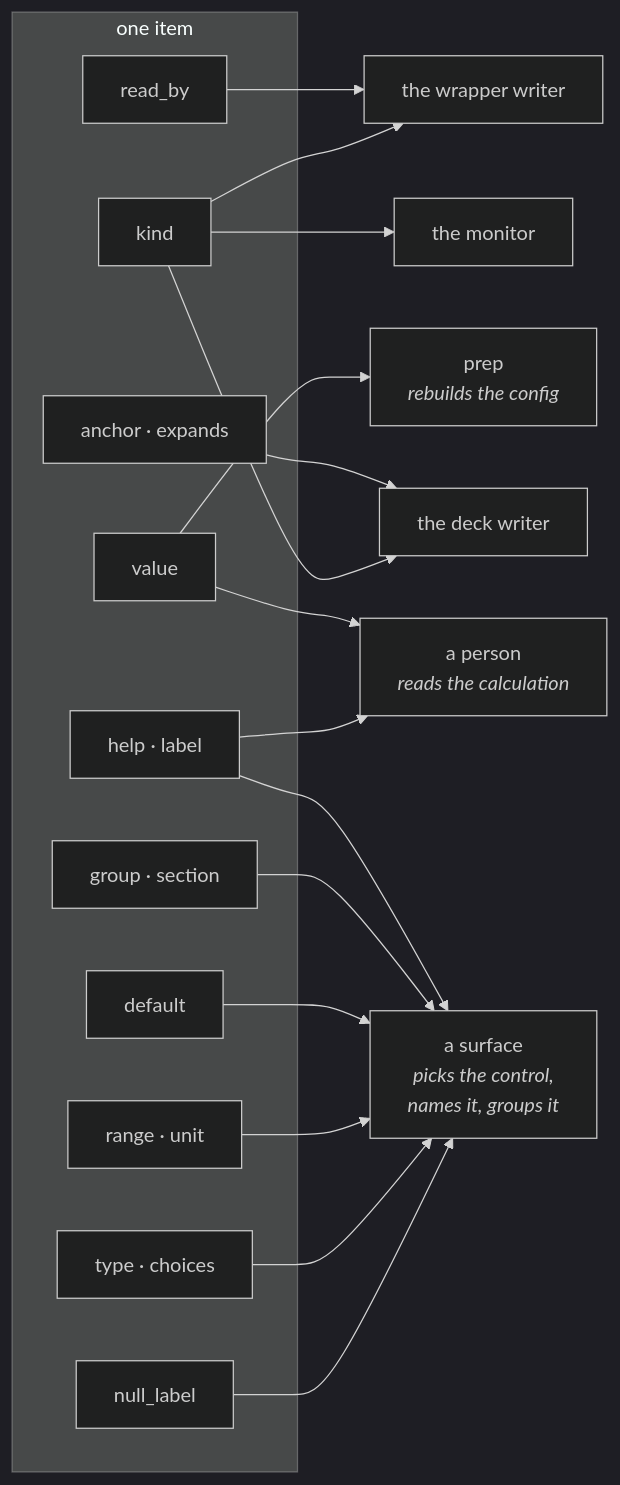
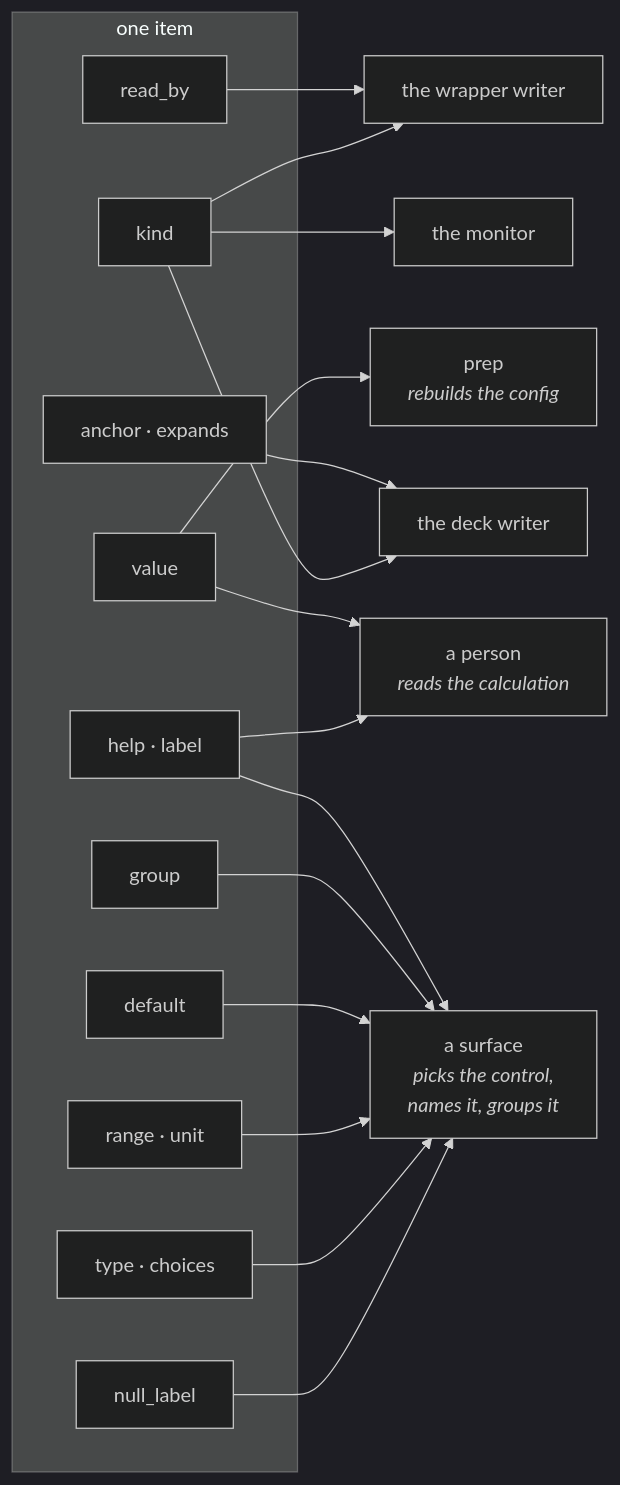
One commit to Qing-LAB/molbuilder changed the second of 5 diagrams in docs/engines/template.md. Above: the diagram before and after it, drawn with Mermaid (dark theme). The commit also changed other lines of this file and 2 other files, not shown here.

````diff
--- a/docs/engines/template.md
+++ b/docs/engines/template.md
@@ -335,22 +335,22 @@
 ```mermaid
 flowchart LR
     subgraph I["one item"]
       K["kind"]; RB["read_by"]; V["value"]; D["default"]
-      T["type · choices"]; R["range · unit"]; G["group · section"]; H["help · label"]; A["anchor · expands"]
+      T["type · choices"]; R["range · unit"]; G["group"]; H["help · label"]; A["anchor · expands"]
       NL["null_label"]
     end
     NL --> UI
     T --> UI["a surface<br/><i>picks the control,<br/>names it, groups it</i>"]
     R --> UI
     D --> UI
     G --> UI
     H --> UI
     H --> P["a person<br/><i>reads the calculation</i>"]
     V --> P
     V --> PR["prep<br/><i>rebuilds the config</i>"]
     K --> DW["the deck writer"]
     A --> DW
     K --> WW["the wrapper writer"]
     RB --> WW
     K --> MON["the monitor"]
 ```
````
